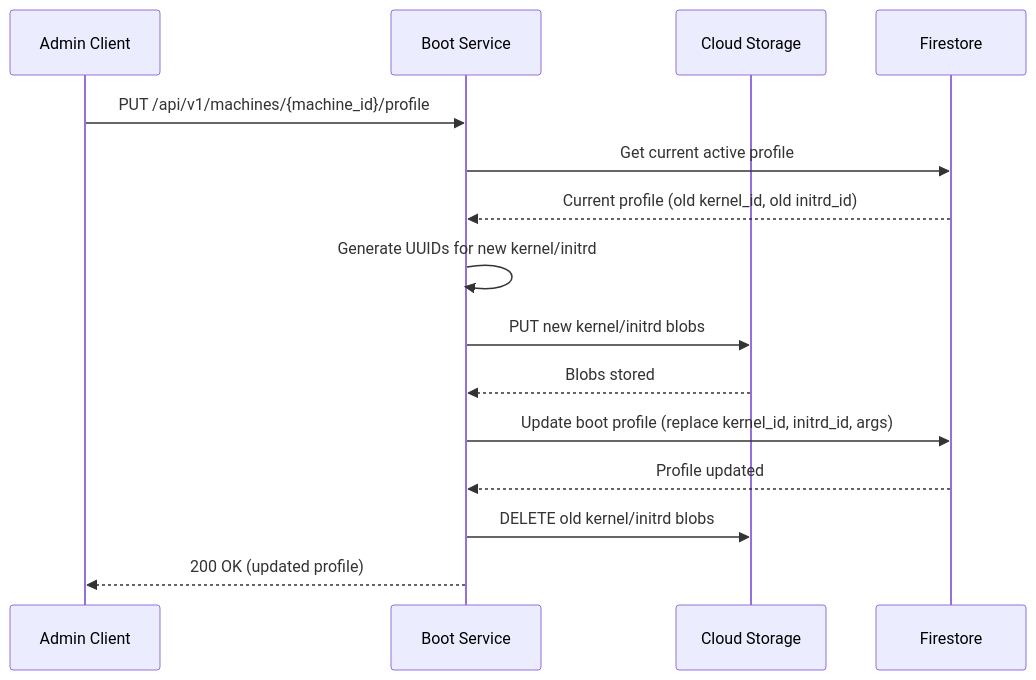
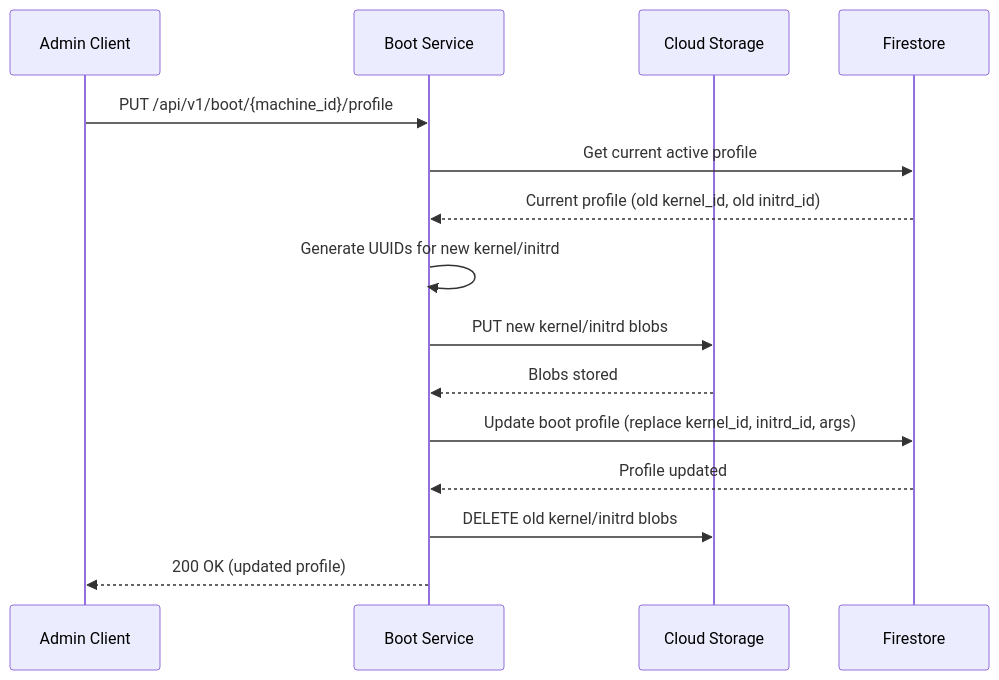
One commit to Zaba505/infra changed the third of 4 diagrams in docs/content/r&d/services/boot/admin-api.md. Above: the diagram before and after it, drawn with Mermaid. The commit also changed other lines of this file, not shown here.

````diff
--- a/docs/content/r&d/services/boot/admin-api.md
+++ b/docs/content/r&d/services/boot/admin-api.md
@@ -188,18 +188,18 @@
 ```mermaid
 sequenceDiagram
     participant Client as Admin Client
     participant Boot as Boot Service
     participant Storage as Cloud Storage
     participant DB as Firestore
     
-    Client->>Boot: PUT /api/v1/machines/{machine_id}/profile
+    Client->>Boot: PUT /api/v1/boot/{machine_id}/profile
     Boot->>DB: Get current active profile
     DB-->>Boot: Current profile (old kernel_id, old initrd_id)
     Boot->>Boot: Generate UUIDs for new kernel/initrd
     Boot->>Storage: PUT new kernel/initrd blobs
     Storage-->>Boot: Blobs stored
     Boot->>DB: Update boot profile (replace kernel_id, initrd_id, args)
     DB-->>Boot: Profile updated
     Boot->>Storage: DELETE old kernel/initrd blobs
     Boot-->>Client: 200 OK (updated profile)
 ```
````
